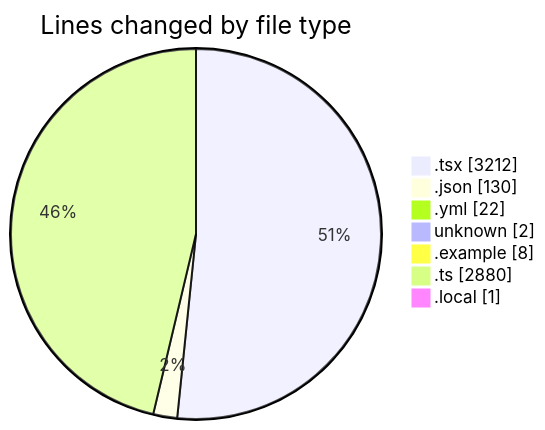
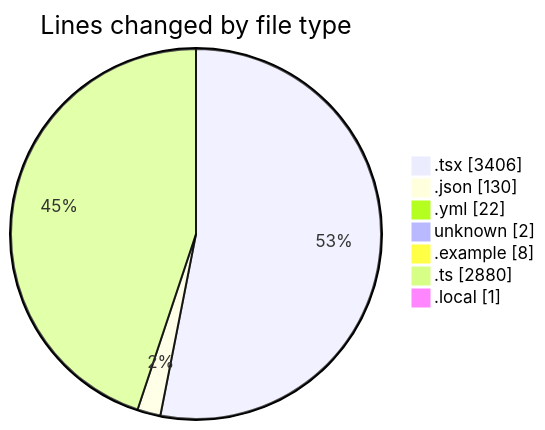
One commit to julien-gomy/code-tracking changed the first of 2 diagrams in 2025-11-21/eventscop-frontend-guide__workspace_/README.md. Above: the diagram before and after it, drawn with Mermaid. The commit also changed other lines of this file and 1 other file, not shown here.

````diff
--- a/2025-11-21/eventscop-frontend-guide__workspace_/README.md
+++ b/2025-11-21/eventscop-frontend-guide__workspace_/README.md
@@ -61,11 +62,11 @@
 ```mermaid
 pie showData
 title Lines changed by file type
-".tsx" : 3212
+".tsx" : 3406
 ".json" : 130
 ".yml" : 22
 "unknown" : 2
 ".example" : 8
 ".ts" : 2880
 ".local" : 1
 ```
````
